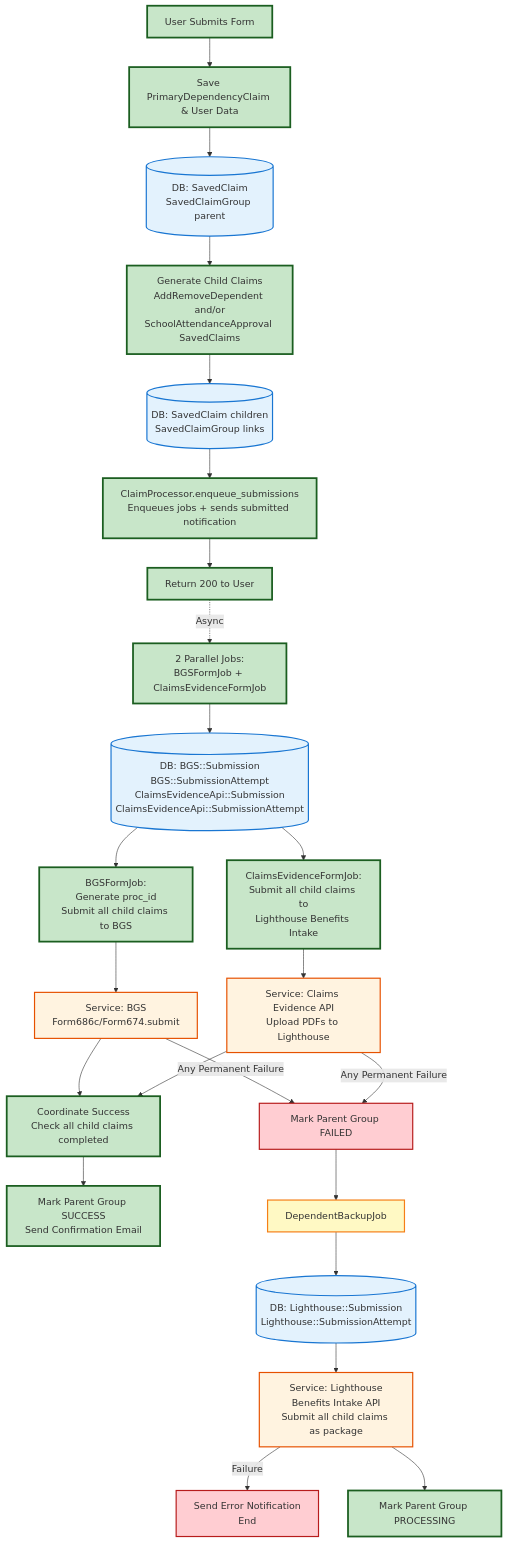
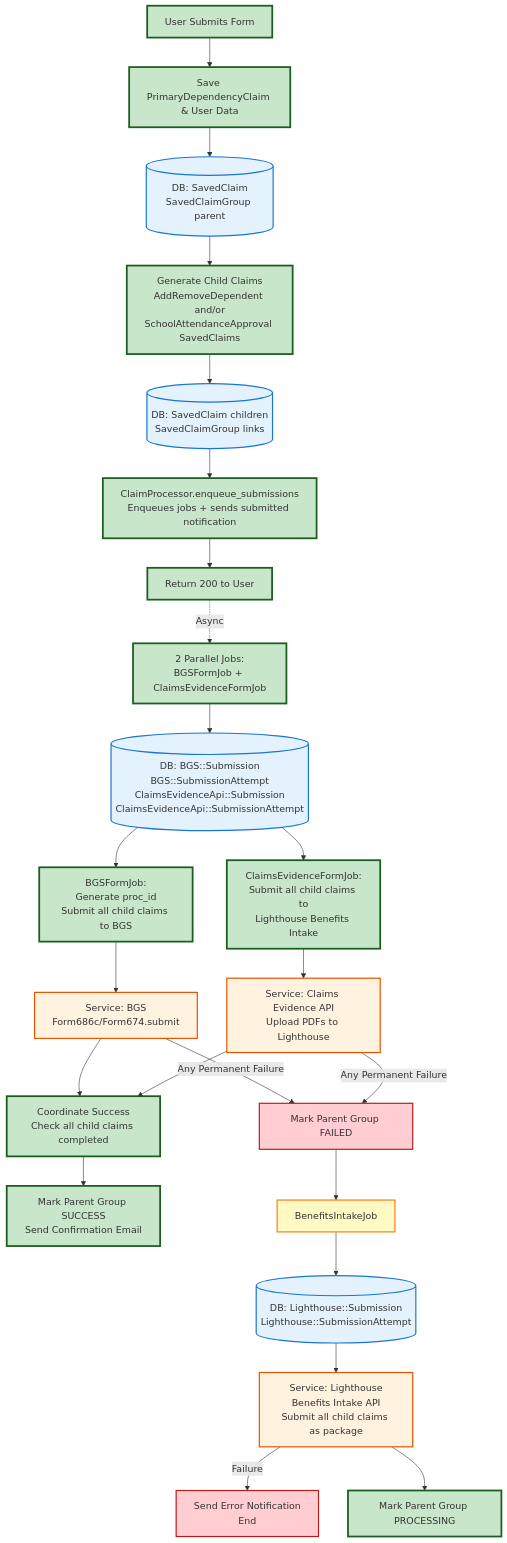
Before and after one commit to department-of-veterans-affairs/vets-api: the diagram in modules/dependents_benefits/documentation/data_flow_diagrams/full_data_flow.md, drawn with Mermaid. The commit also changed 8 other files, not shown here.

Commit message:
Rename DependentBackupJob

````diff
--- a/modules/dependents_benefits/documentation/data_flow_diagrams/full_data_flow.md
+++ b/modules/dependents_benefits/documentation/data_flow_diagrams/full_data_flow.md
@@ -11,45 +11,45 @@
 ```mermaid
 graph TD
     Start[User Submits Form] --> SaveClaim[Save PrimaryDependencyClaim & User Data]
     SaveClaim --> DB1[(DB: SavedClaim<br/>SavedClaimGroup parent)]
     DB1 --> GenChildren[Generate Child Claims<br/>AddRemoveDependent and/or<br/>SchoolAttendanceApproval SavedClaims]
     GenChildren --> DB2[(DB: SavedClaim children<br/>SavedClaimGroup links)]
     DB2 --> Enqueue[ClaimProcessor.enqueue_submissions<br/>Enqueues jobs + sends submitted notification]
     Enqueue --> Return[Return 200 to User]
     
     Return -.Async.-> ParallelJobs[2 Parallel Jobs:<br/>BGSFormJob + ClaimsEvidenceFormJob]
     ParallelJobs --> DB3[(DB: BGS::Submission<br/>BGS::SubmissionAttempt<br/>ClaimsEvidenceApi::Submission<br/>ClaimsEvidenceApi::SubmissionAttempt)]
     
     DB3 --> BGSFlow[BGSFormJob:<br/>Generate proc_id<br/>Submit all child claims to BGS]
     DB3 --> ClaimsFlow[ClaimsEvidenceFormJob:<br/>Submit all child claims to<br/>Lighthouse Benefits Intake]
     
     BGSFlow --> BGSService[Service: BGS<br/>Form686c/Form674.submit]
     ClaimsFlow --> ClaimsService[Service: Claims Evidence API<br/>Upload PDFs to Lighthouse]
     
     BGSService -->|Any Permanent Failure| JobFail[Mark Parent Group FAILED]
     ClaimsService -->|Any Permanent Failure| JobFail
     
     BGSService --> Coordinate[Coordinate Success<br/>Check all child claims completed]
     ClaimsService --> Coordinate
     
     Coordinate --> MarkSuccess[Mark Parent Group SUCCESS<br/>Send Confirmation Email]
     
-    JobFail --> Backup[DependentBackupJob]
+    JobFail --> Backup[BenefitsIntakeJob]
     Backup --> DB5[(DB: Lighthouse::Submission<br/>Lighthouse::SubmissionAttempt)]
     DB5 --> BackupService[Service: Lighthouse<br/>Benefits Intake API<br/>Submit all child claims as package]
     BackupService -->|Failure| BackupFail[Send Error Notification<br/>End]
     BackupService --> BackupSuccess[Mark Parent Group PROCESSING]
     
     %% Styling
     classDef mainPath fill:#c8e6c9,stroke:#1b5e20,stroke-width:3px
     classDef database fill:#e3f2fd,stroke:#1976d2,stroke-width:2px
     classDef service fill:#fff3e0,stroke:#e65100,stroke-width:2px
     classDef failure fill:#ffcdd2,stroke:#b71c1c,stroke-width:2px
     classDef backup fill:#fff9c4,stroke:#f57f17,stroke-width:2px
     
     class Start,SaveClaim,GenChildren,Enqueue,Return,ParallelJobs,BGSFlow,ClaimsFlow,Coordinate,MarkSuccess,BackupSuccess mainPath
     class DB1,DB2,DB3,DB5 database
     class BGSService,ClaimsService,BackupService service
     class JobFail,BackupFail failure
     class Backup backup
 ```
````
